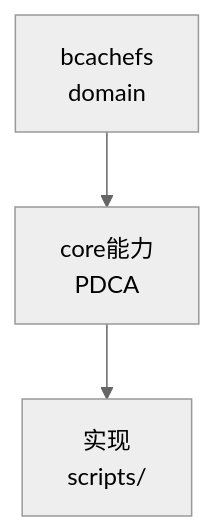
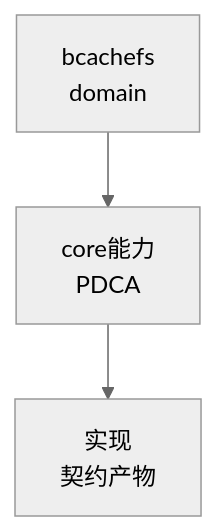
One commit to MyBlackHole/pdca-workflow changed the diagram in ontology/domain/core/bcachefs.md. Above: the diagram before and after it, drawn with Mermaid (neutral theme). The commit also changed other lines of this file and 8256 other files, not shown here.

````diff
--- a/ontology/domain/core/bcachefs.md
+++ b/ontology/domain/core/bcachefs.md
@@ -30,6 +41,6 @@
 ```mermaid
 graph TD
     A[bcachefs<br/>domain] --> B[core能力<br/>PDCA]
-    B --> C[实现<br/>scripts/]
-    %% Source: ontology/domain/bcachefs.md:1 + ontology/concept/ontology-fidelity-criterion.md:1
+    B --> C[实现<br/>契约产物]
+    %% Source: ontology/domain/core/bcachefs.md:1 + ontology/concept/ontology-fidelity-criterion.md:1
 ```
````
